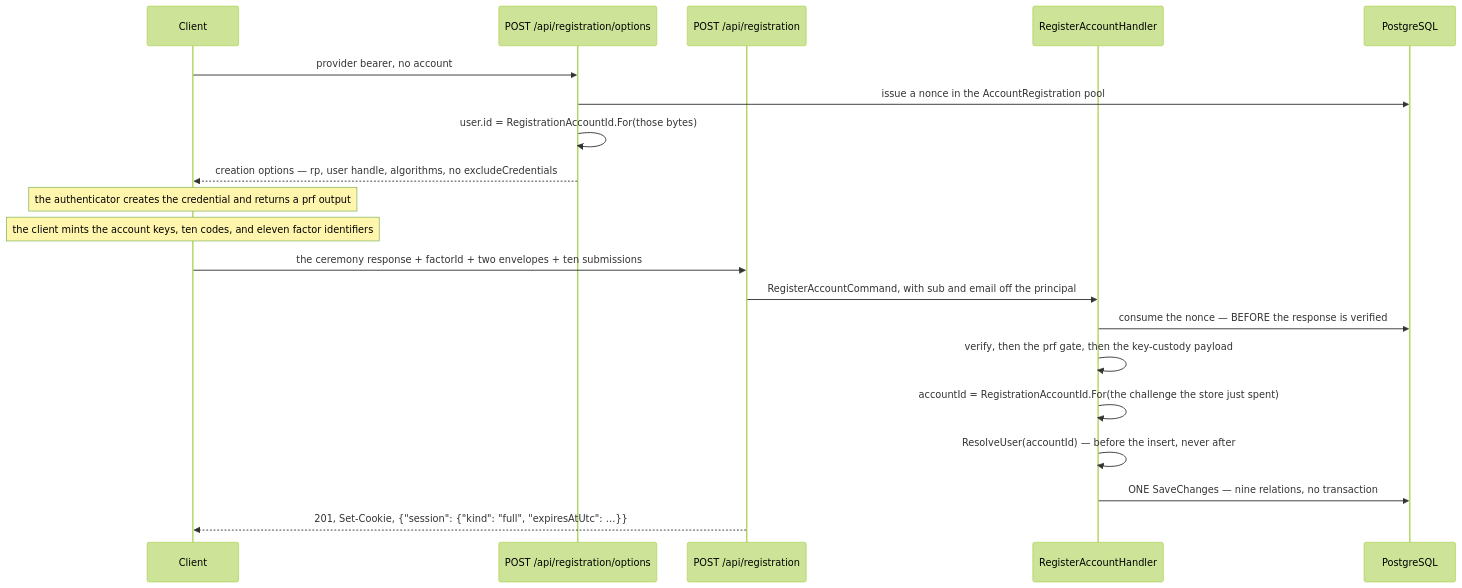
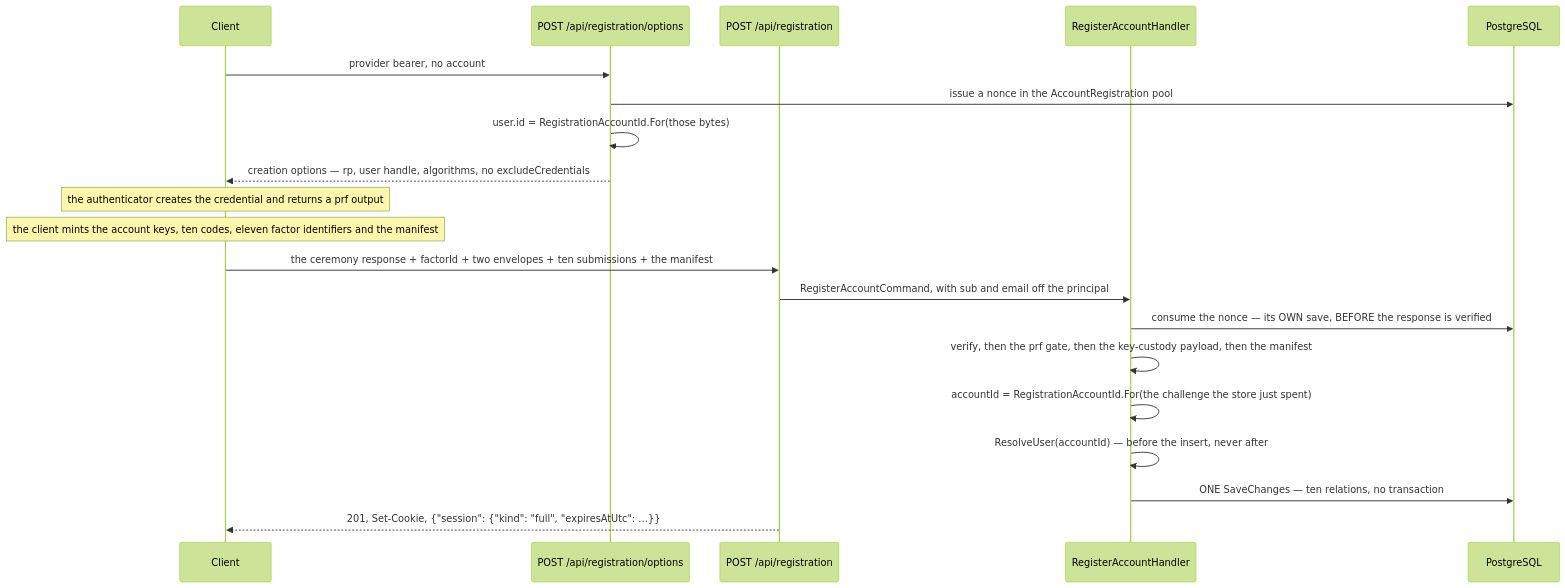
The third of 3 diagrams in docs/business-logic/registration.md (anton-kochev/budgetoid), drawn with Mermaid (forest theme) before and after one commit. The commit also changed other lines of this file and 30 other files, not shown here.

````diff
--- a/docs/business-logic/registration.md
+++ b/docs/business-logic/registration.md
@@ -653,23 +734,23 @@
 ```mermaid
 sequenceDiagram
     participant C as Client
     participant O as POST /api/registration/options
     participant A as POST /api/registration
     participant H as RegisterAccountHandler
     participant D as PostgreSQL
 
     C->>O: provider bearer, no account
     O->>D: issue a nonce in the AccountRegistration pool
     O->>O: user.id = RegistrationAccountId.For(those bytes)
     O-->>C: creation options — rp, user handle, algorithms, no excludeCredentials
     Note over C: the authenticator creates the credential and returns a prf output
-    Note over C: the client mints the account keys, ten codes, and eleven factor identifiers
-    C->>A: the ceremony response + factorId + two envelopes + ten submissions
+    Note over C: the client mints the account keys, ten codes, eleven factor identifiers and the manifest
+    C->>A: the ceremony response + factorId + two envelopes + ten submissions + the manifest
     A->>H: RegisterAccountCommand, with sub and email off the principal
-    H->>D: consume the nonce — BEFORE the response is verified
-    H->>H: verify, then the prf gate, then the key-custody payload
+    H->>D: consume the nonce — its OWN save, BEFORE the response is verified
+    H->>H: verify, then the prf gate, then the key-custody payload, then the manifest
     H->>H: accountId = RegistrationAccountId.For(the challenge the store just spent)
     H->>H: ResolveUser(accountId) — before the insert, never after
-    H->>D: ONE SaveChanges — nine relations, no transaction
+    H->>D: ONE SaveChanges — ten relations, no transaction
     A-->>C: 201, Set-Cookie, {"session": {"kind": "full", "expiresAtUtc": …}}
 ```
````
